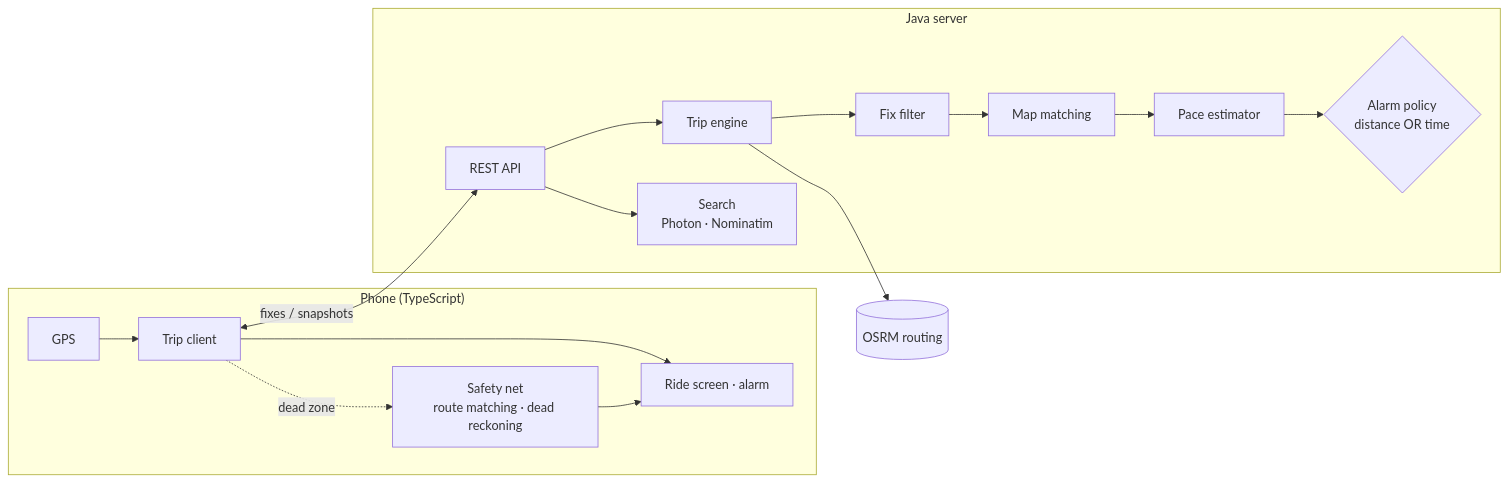
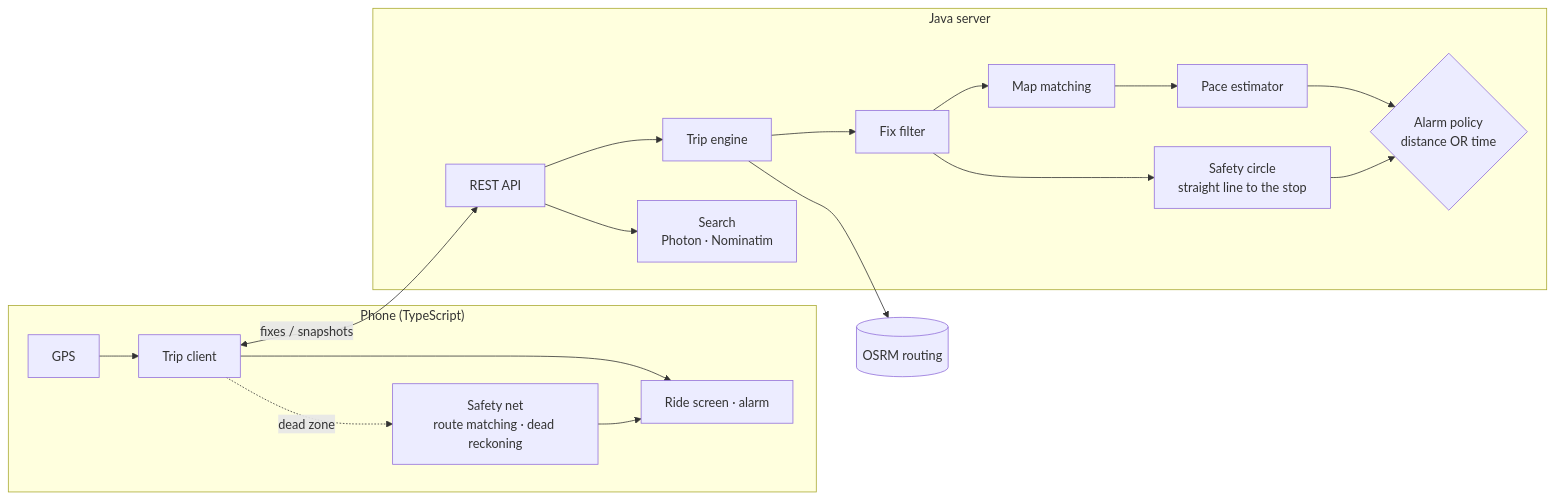
Before and after one commit to chauhansachin13/hibernate-express: the diagram in README.md, drawn with Mermaid. The commit also changed other lines of this file and 7 other files, not shown here.

First line of the commit message:
Add a safety circle around the stop as a second distance check

````diff
--- a/README.md
+++ b/README.md
@@ -89,16 +92,17 @@
 ```mermaid
 flowchart LR
   subgraph Phone["Phone (TypeScript)"]
     GPS[GPS] --> TC[Trip client]
     TC --> UI[Ride screen · alarm]
     TC -. dead zone .-> SN[Safety net<br/>route matching · dead reckoning]
     SN --> UI
   end
   subgraph Server["Java server"]
     API[REST API] --> E[Trip engine]
     E --> FF[Fix filter] --> MM[Map matching] --> PE[Pace estimator] --> AP{Alarm policy<br/>distance OR time}
+    FF --> SC[Safety circle<br/>straight line to the stop] --> AP
     API --> S[Search<br/>Photon · Nominatim]
   end
   TC <-->|fixes / snapshots| API
   E --> OSRM[(OSRM routing)]
 ```
````
